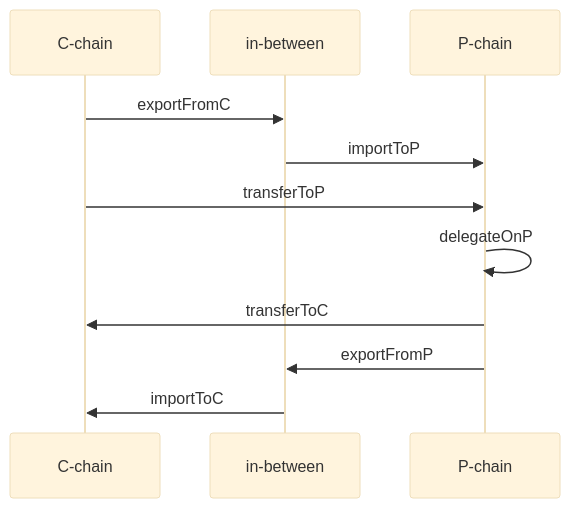
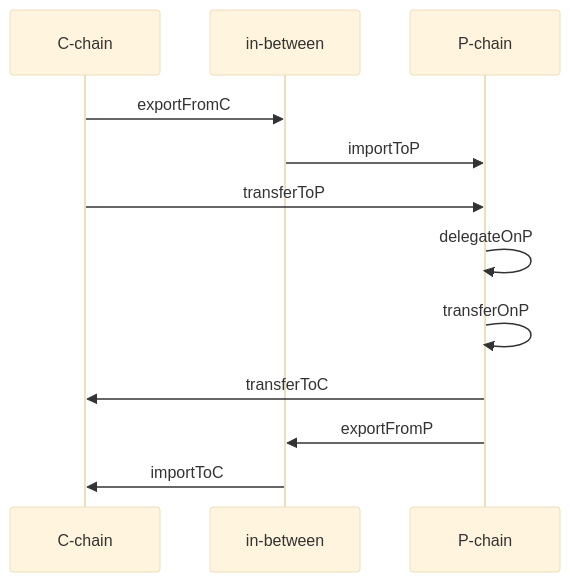
Before and after one commit to flare-foundation/flare-tx-sdk: the diagram in README.md, drawn with Mermaid (base theme). The commit also changed other lines of this file and 13 other files, not shown here.

````diff
--- a/README.md
+++ b/README.md
@@ -438,13 +438,14 @@
 ```mermaid
 sequenceDiagram
     participant C as C-chain
     participant B as in-between
     participant P as P-chain
     C->>B: exportFromC
     B->>P: importToP
     C->>P: transferToP
     P->>P: delegateOnP
+    P->>P: transferOnP
     P->>C: transferToC
     P->>B: exportFromP
     B->>C: importToC
 ```
````
